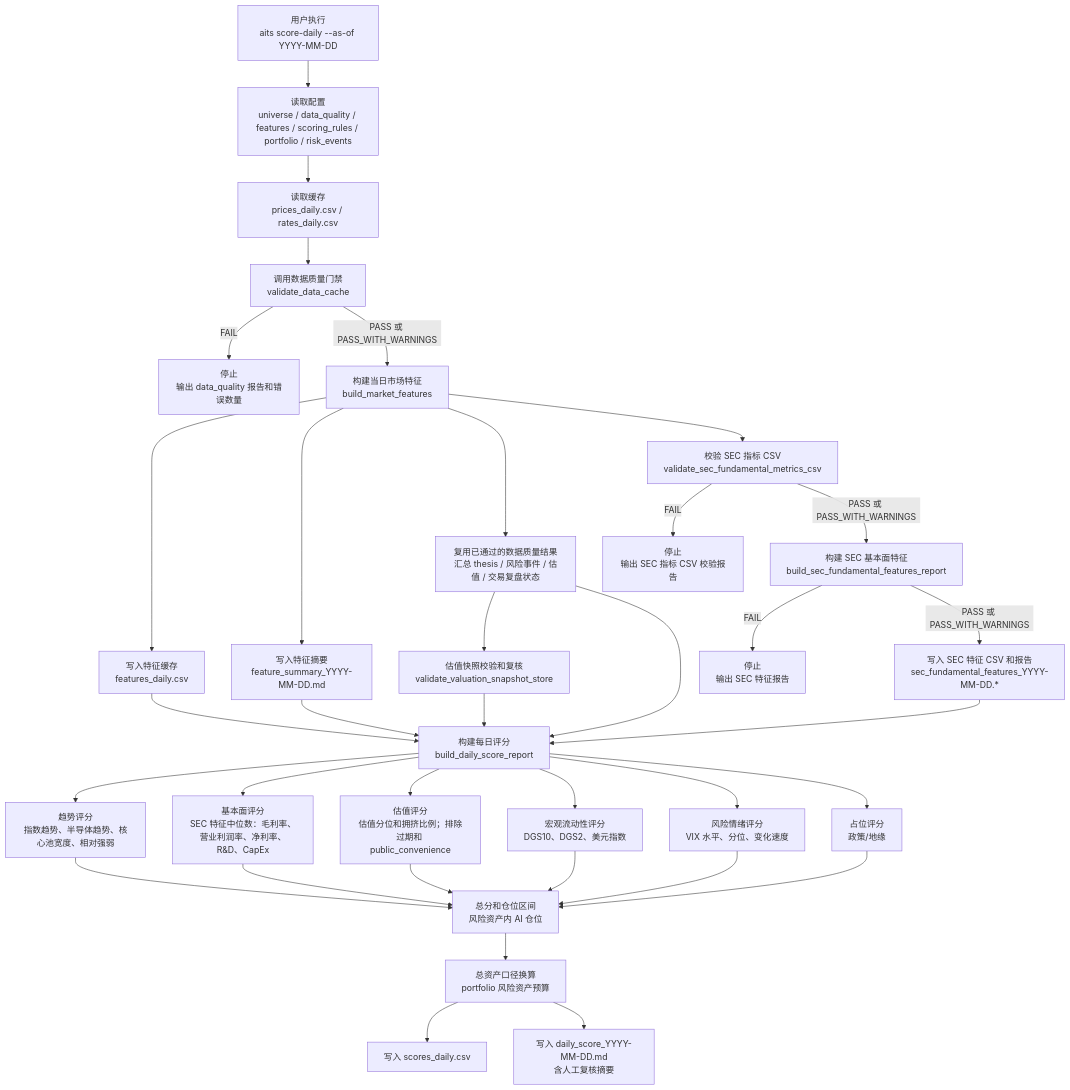
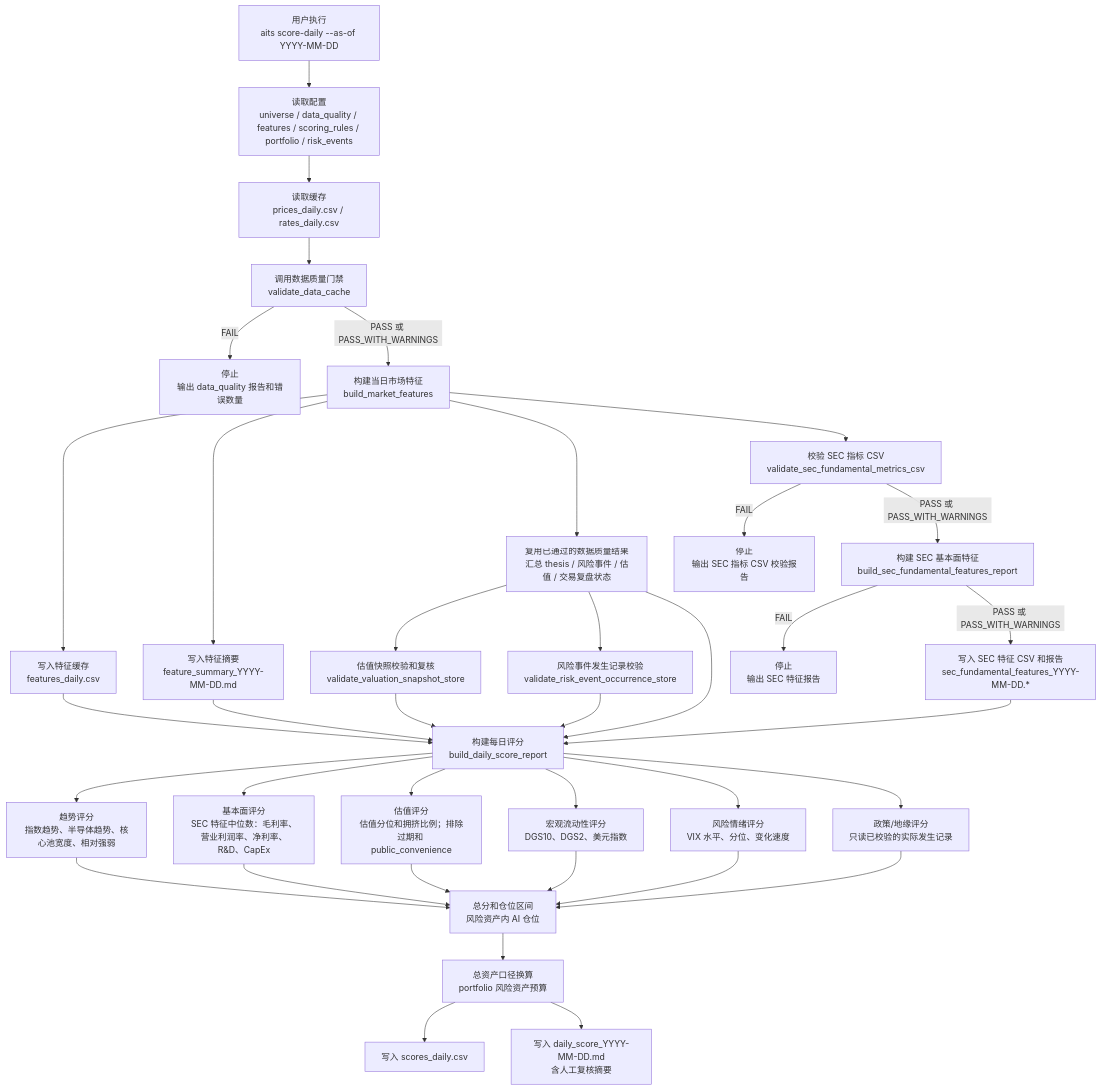
One commit to AI-Trading-Collaboration/AITradingSystem changed the second of 5 diagrams in docs/system_flow.md. Above: the diagram before and after it, drawn with Mermaid. The commit also changed other lines of this file and 15 other files, not shown here.

Commit message:
Add risk event occurrence scoring

````diff
--- a/docs/system_flow.md
+++ b/docs/system_flow.md
@@ -251,37 +258,39 @@
 ```mermaid
 flowchart TD
     A["用户执行<br/>aits score-daily --as-of YYYY-MM-DD"] --> B["读取配置<br/>universe / data_quality / features / scoring_rules / portfolio / risk_events"]
     B --> C["读取缓存<br/>prices_daily.csv / rates_daily.csv"]
     C --> D["调用数据质量门禁<br/>validate_data_cache"]
     D -->|FAIL| E["停止<br/>输出 data_quality 报告和错误数量"]
     D -->|PASS 或 PASS_WITH_WARNINGS| F["构建当日市场特征<br/>build_market_features"]
     F --> G["写入特征缓存<br/>features_daily.csv"]
     F --> H["写入特征摘要<br/>feature_summary_YYYY-MM-DD.md"]
     F --> R["复用已通过的数据质量结果<br/>汇总 thesis / 风险事件 / 估值 / 交易复盘状态"]
     R --> V1["估值快照校验和复核<br/>validate_valuation_snapshot_store"]
+    R --> G1["风险事件发生记录校验<br/>validate_risk_event_occurrence_store"]
     F --> S1["校验 SEC 指标 CSV<br/>validate_sec_fundamental_metrics_csv"]
     S1 -->|FAIL| S2["停止<br/>输出 SEC 指标 CSV 校验报告"]
     S1 -->|PASS 或 PASS_WITH_WARNINGS| S3["构建 SEC 基本面特征<br/>build_sec_fundamental_features_report"]
     S3 -->|FAIL| S4["停止<br/>输出 SEC 特征报告"]
     S3 -->|PASS 或 PASS_WITH_WARNINGS| S5["写入 SEC 特征 CSV 和报告<br/>sec_fundamental_features_YYYY-MM-DD.*"]
     G --> I["构建每日评分<br/>build_daily_score_report"]
     H --> I
     R --> I
     V1 --> I
+    G1 --> I
     S5 --> I
     I --> J["趋势评分<br/>指数趋势、半导体趋势、核心池宽度、相对强弱"]
     I --> F1["基本面评分<br/>SEC 特征中位数：毛利率、营业利润率、净利率、R&D、CapEx"]
     I --> V2["估值评分<br/>估值分位和拥挤比例；排除过期和 public_convenience"]
     I --> K["宏观流动性评分<br/>DGS10、DGS2、美元指数"]
     I --> L["风险情绪评分<br/>VIX 水平、分位、变化速度"]
-    I --> M["占位评分<br/>政策/地缘"]
+    I --> M["政策/地缘评分<br/>只读已校验的实际发生记录"]
     J --> N["总分和仓位区间<br/>风险资产内 AI 仓位"]
     F1 --> N
     V2 --> N
     K --> N
     L --> N
     M --> N
     N --> O["总资产口径换算<br/>portfolio 风险资产预算"]
     O --> P["写入 scores_daily.csv"]
     O --> Q["写入 daily_score_YYYY-MM-DD.md<br/>含人工复核摘要"]
 ```
````
